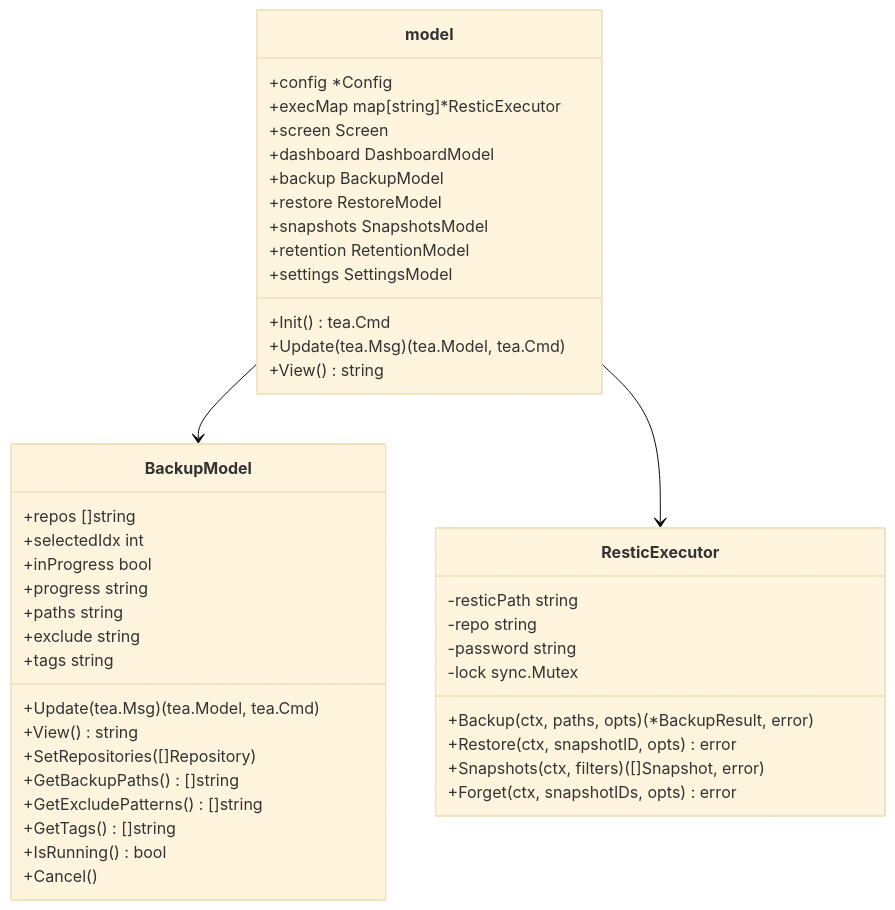
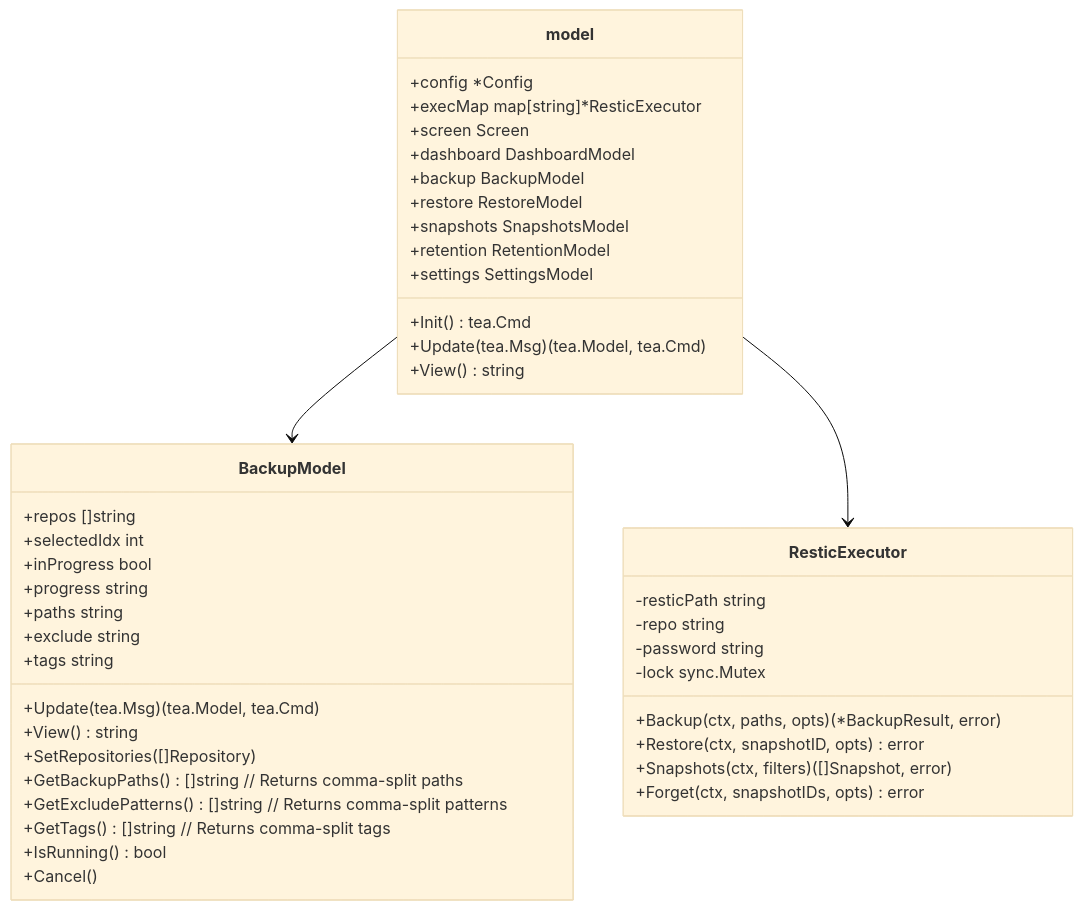
Before and after one commit to gdellis/restic-backup: the second of 5 diagrams in DESIGN.md, drawn with Mermaid (base theme). The commit also changed other lines of this file, not shown here.

Commit message:
Address PR review: add error flow to sequence diagram, define types

````diff
--- a/DESIGN.md
+++ b/DESIGN.md
@@ -201,49 +201,49 @@
 ```mermaid
 classDiagram
     class model {
         +config *Config
         +execMap map[string]*ResticExecutor
         +screen Screen
         +dashboard DashboardModel
         +backup BackupModel
         +restore RestoreModel
         +snapshots SnapshotsModel
         +retention RetentionModel
         +settings SettingsModel
         +Init() tea.Cmd
         +Update(tea.Msg) (tea.Model, tea.Cmd)
         +View() string
     }
     
     class BackupModel {
         +repos []string
         +selectedIdx int
         +inProgress bool
         +progress string
         +paths string
         +exclude string
         +tags string
         +Update(tea.Msg) (tea.Model, tea.Cmd)
         +View() string
         +SetRepositories([]Repository)
-        +GetBackupPaths() []string
-        +GetExcludePatterns() []string
-        +GetTags() []string
+        +GetBackupPaths() []string  // Returns comma-split paths
+        +GetExcludePatterns() []string  // Returns comma-split patterns
+        +GetTags() []string  // Returns comma-split tags
         +IsRunning() bool
         +Cancel()
     }
     
     class ResticExecutor {
         -resticPath string
         -repo string
         -password string
         -lock sync.Mutex
         +Backup(ctx, paths, opts) (*BackupResult, error)
         +Restore(ctx, snapshotID, opts) error
         +Snapshots(ctx, filters) ([]Snapshot, error)
         +Forget(ctx, snapshotIDs, opts) error
     }
     
     model --> BackupModel
     model --> ResticExecutor
 ```
````
